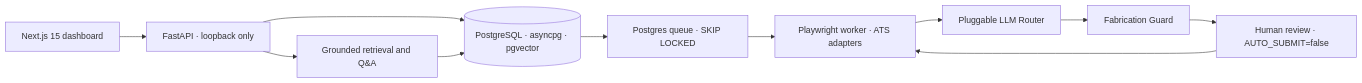
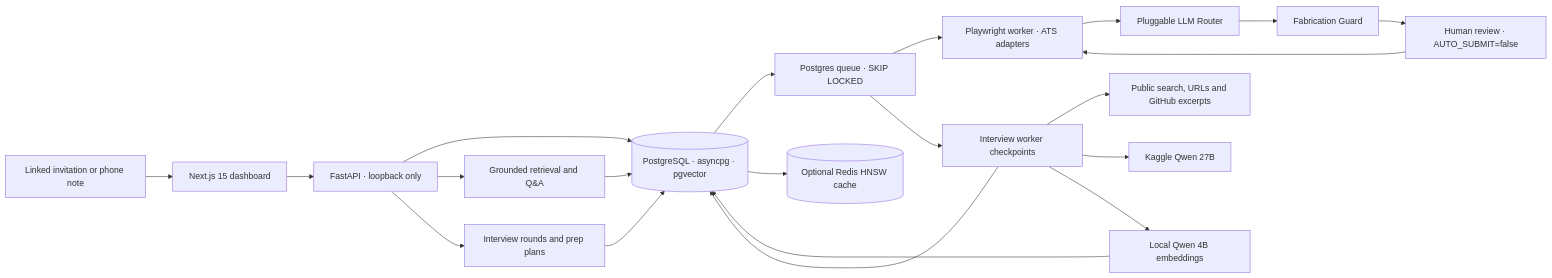
The diagram in README.md (katkurigopi05/Job_Runner), drawn with Mermaid before and after one commit. The commit also changed other lines of this file and 40 other files, not shown here.

````diff
--- a/README.md
+++ b/README.md
@@ -9,13 +9,23 @@
 ```mermaid
 flowchart LR
     UI[Next.js 15 dashboard] --> API[FastAPI · loopback only]
     API --> DB[(PostgreSQL · asyncpg · pgvector)]
     DB --> Q[Postgres queue · SKIP LOCKED]
     Q --> W[Playwright worker · ATS adapters]
     W --> R[Pluggable LLM Router]
     R --> G[Fabrication Guard]
     G --> H[Human review · AUTO_SUBMIT=false]
     H --> W
     API --> S[Grounded retrieval and Q&A]
     S --> DB
+    I[Linked invitation or phone note] --> UI
+    API --> IP[Interview rounds and prep plans]
+    IP --> DB
+    Q --> IW[Interview worker checkpoints]
+    IW --> PUB[Public search, URLs and GitHub excerpts]
+    IW --> K[Kaggle Qwen 27B]
+    IW --> QE[Local Qwen 4B embeddings]
+    IW --> DB
+    QE --> DB
+    DB --> RC[(Optional Redis HNSW cache)]
 ```
````
